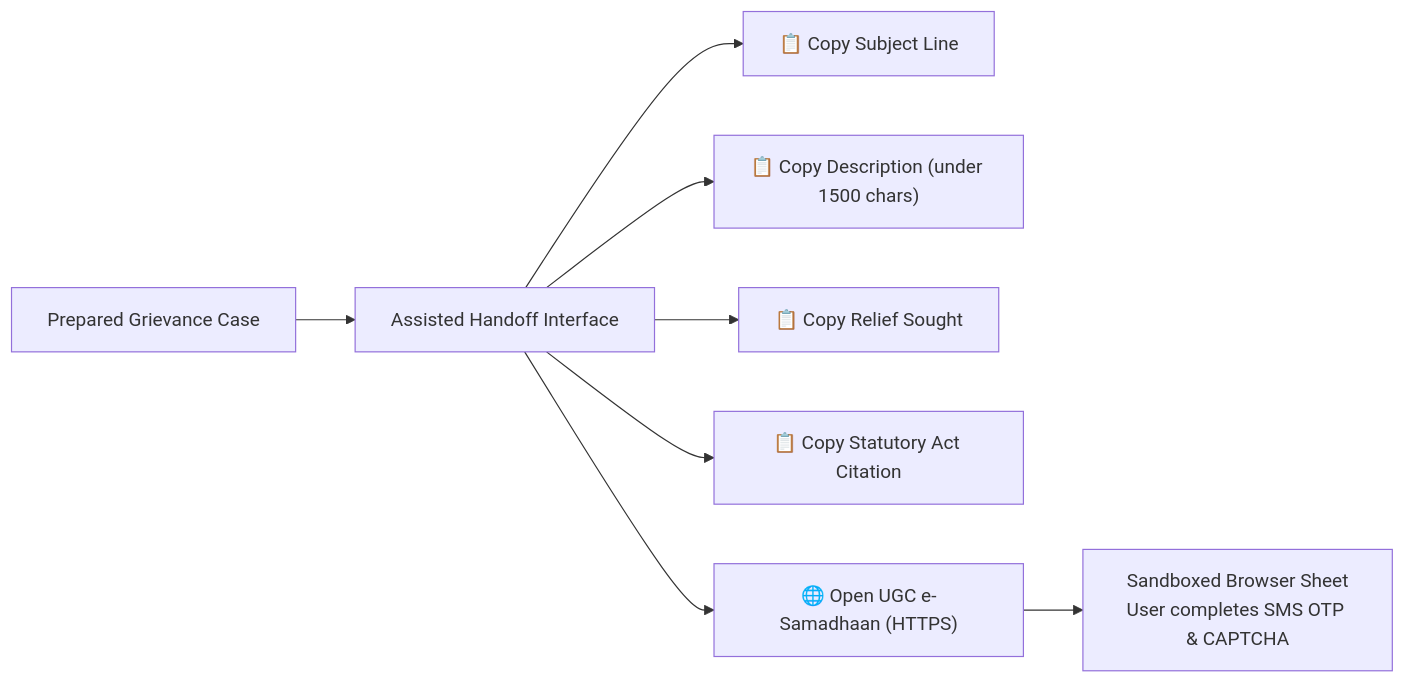
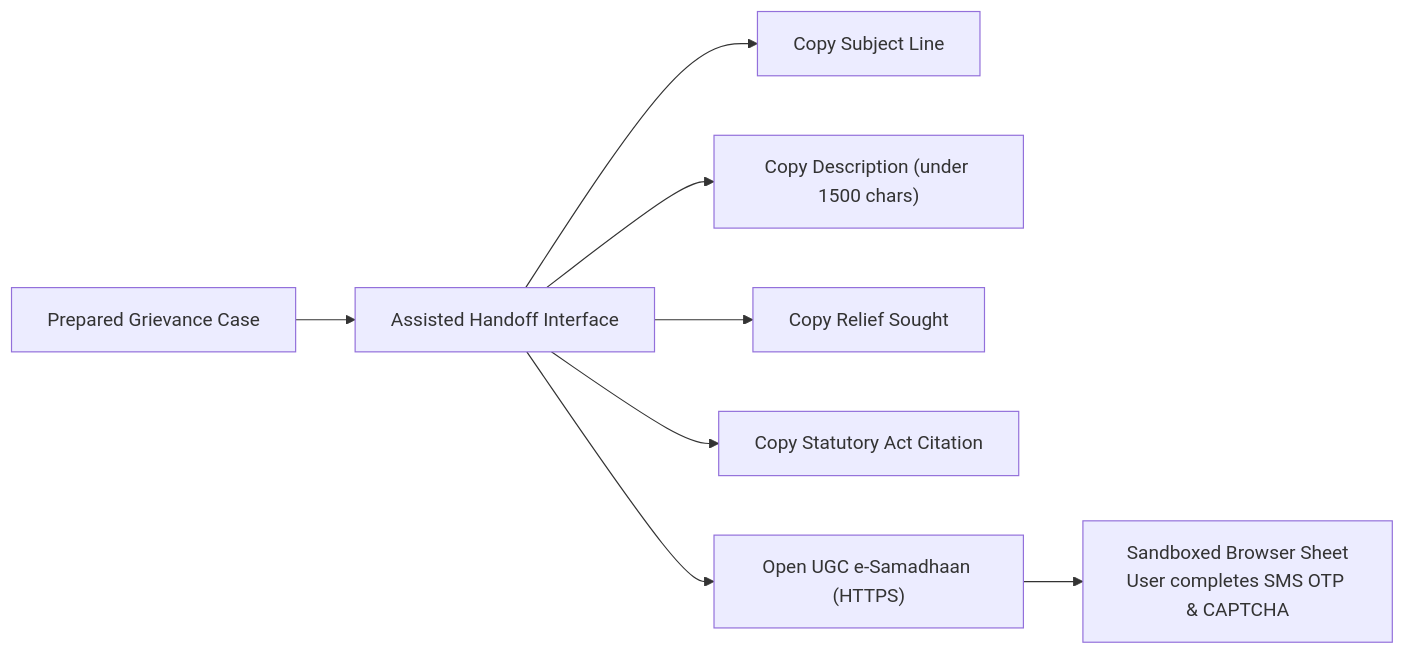
The second of 2 diagrams in wiki/Module-C-Act.md (KatkamKoushik/Vyshuuu-Unified-Women-Safety-Action-Platform), drawn with Mermaid before and after one commit. The commit also changed 34 other files, not shown here.

````diff
--- a/wiki/Module-C-Act.md
+++ b/wiki/Module-C-Act.md
@@ -48,12 +48,12 @@
 ```mermaid
 flowchart LR
     CaseRecord["Prepared Grievance Case"] --> UI["Assisted Handoff Interface"]
 
-    UI --> Pill1["📋 Copy Subject Line"]
-    UI --> Pill2["📋 Copy Description (under 1500 chars)"]
-    UI --> Pill3["📋 Copy Relief Sought"]
-    UI --> Pill4["📋 Copy Statutory Act Citation"]
-    UI --> PortalBtn["🌐 Open UGC e-Samadhaan (HTTPS)"]
+    UI --> Pill1["Copy Subject Line"]
+    UI --> Pill2["Copy Description (under 1500 chars)"]
+    UI --> Pill3["Copy Relief Sought"]
+    UI --> Pill4["Copy Statutory Act Citation"]
+    UI --> PortalBtn["Open UGC e-Samadhaan (HTTPS)"]
 
     PortalBtn --> NativeBrowser["Sandboxed Browser Sheet<br/>User completes SMS OTP & CAPTCHA"]
 ```
````
